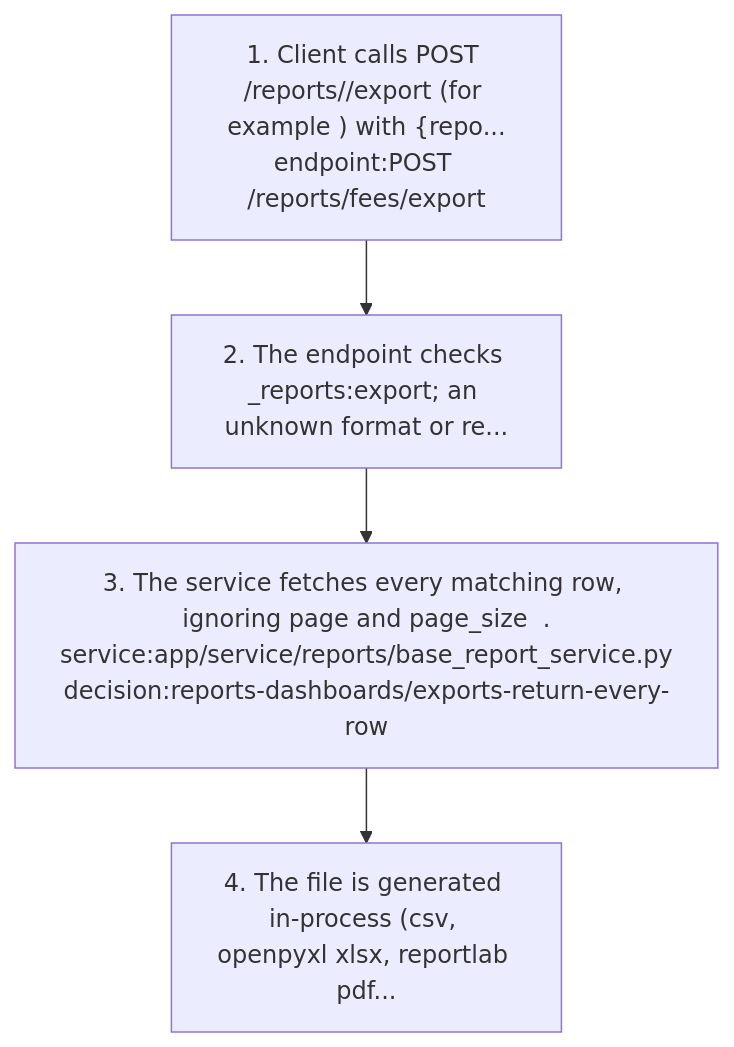
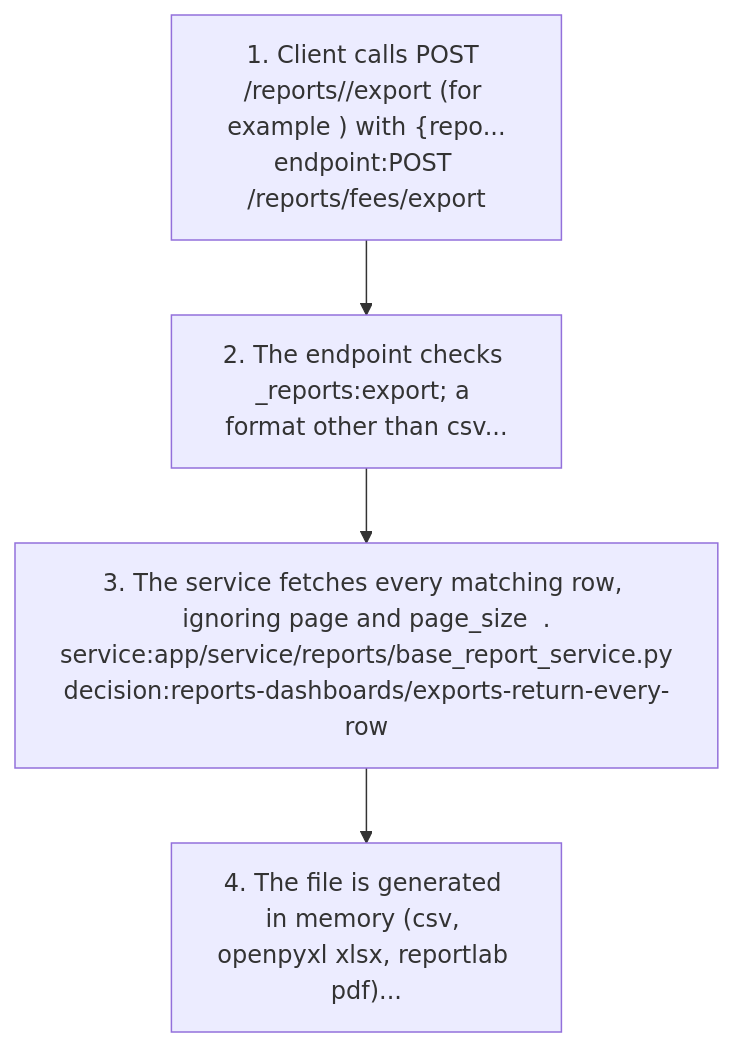
The third of 6 diagrams in docs/graph/views/reports-dashboards.md (nerellasraj21/cos360_full_app), drawn with Mermaid before and after one commit. The commit also changed other lines of this file and 44 other files, not shown here.

First line of the commit message:
Re-verify project docs and knowledge graph against current code

````diff
--- a/docs/graph/views/reports-dashboards.md
+++ b/docs/graph/views/reports-dashboards.md
@@ -218,10 +219,10 @@
 ```mermaid
 flowchart TD
   s1["1. Client calls POST /reports/<group>/export (for example ) with {repo...<br/>endpoint:POST /reports/fees/export"]
-  s2["2. The endpoint checks <group>_reports:export; an unknown format or re..."]
+  s2["2. The endpoint checks <group>_reports:export; a format other than csv..."]
   s1 --> s2
   s3["3. The service fetches every matching row, ignoring page and page_size  .<br/>service:app/service/reports/base_report_service.py<br/>decision:reports-dashboards/exports-return-every-row"]
   s2 --> s3
-  s4["4. The file is generated in-process (csv, openpyxl xlsx, reportlab pdf..."]
+  s4["4. The file is generated in memory (csv, openpyxl xlsx, reportlab pdf)..."]
   s3 --> s4
 ```
````
